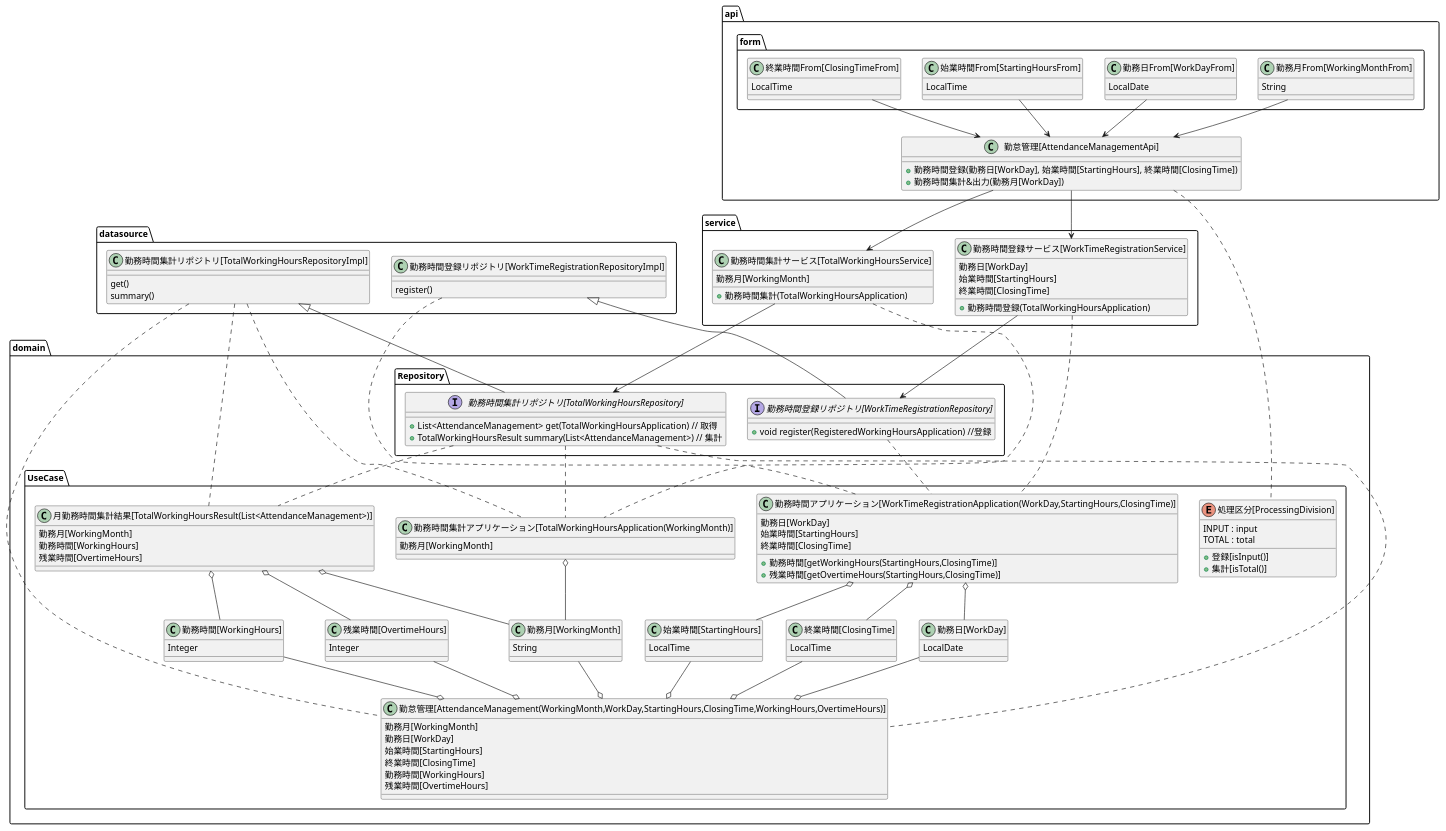
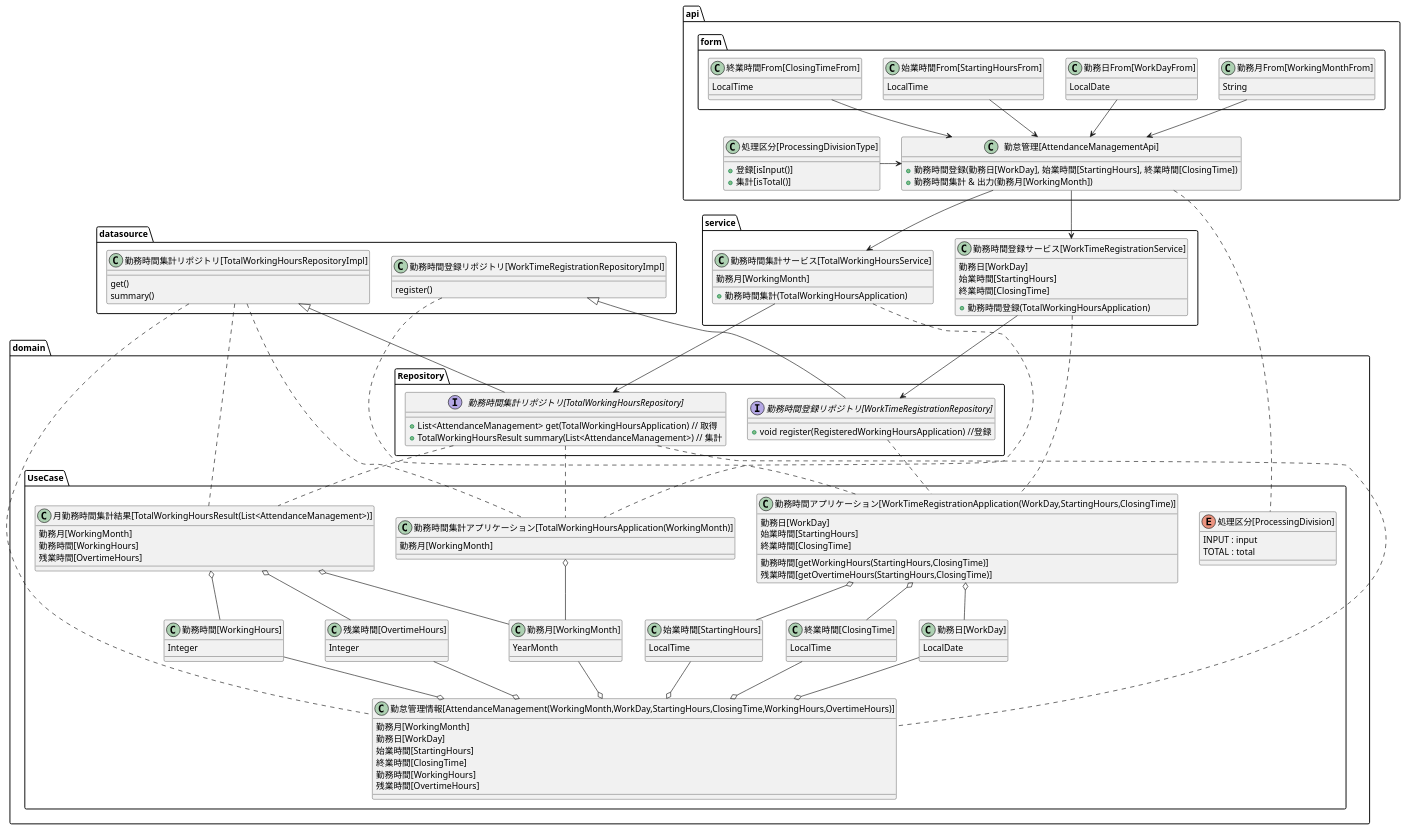
The diagram in etc/kintai/モデル図/kintai.puml (biglobe-isp/kintai), drawn with PlantUML before and after one commit. The commit also changed 51 other files, not shown here.

```diff
--- a/etc/kintai/モデル図/kintai.puml
+++ b/etc/kintai/モデル図/kintai.puml
@@ -1,174 +1,177 @@
 @startuml
 
 package api {
     package form {
         class "勤務月From[WorkingMonthFrom]" as WorkingMonthFrom {
             String
         }
         class "勤務日From[WorkDayFrom]" as WorkDayFrom {
             LocalDate
         }
         class "始業時間From[StartingHoursFrom]" as StartingHoursFrom {
             LocalTime
         }
         class "終業時間From[ClosingTimeFrom]" as ClosingTimeFrom {
             LocalTime
         }
     }
 
     class "勤怠管理[AttendanceManagementApi]" as AttendanceManagementApi {
         +勤務時間登録(勤務日[WorkDay], 始業時間[StartingHours], 終業時間[ClosingTime])
-        +勤務時間集計&出力(勤務月[WorkDay])
+        +勤務時間集計 & 出力(勤務月[WorkingMonth])
+    }
+
+    class "処理区分[ProcessingDivisionType]" as ProcessingDivisionType {
+        +登録[isInput()]
+        +集計[isTotal()]
     }
 
     WorkingMonthFrom -do-> AttendanceManagementApi
     WorkDayFrom -do-> AttendanceManagementApi
     StartingHoursFrom -do-> AttendanceManagementApi
     ClosingTimeFrom -do-> AttendanceManagementApi
-
+    ProcessingDivisionType -r-> AttendanceManagementApi
 }
 
 package service {
 
     class "勤務時間集計サービス[TotalWorkingHoursService]" as TotalWorkingHoursService {
         勤務月[WorkingMonth]
         +勤務時間集計(TotalWorkingHoursApplication)
     }
 
     class "勤務時間登録サービス[WorkTimeRegistrationService]" as WorkTimeRegistrationService {
         勤務日[WorkDay]
         始業時間[StartingHours]
         終業時間[ClosingTime]
         +勤務時間登録(TotalWorkingHoursApplication)
     }
 
 }
 
 AttendanceManagementApi -do-> TotalWorkingHoursService
 AttendanceManagementApi -do-> WorkTimeRegistrationService
 
 
 package domain {
 
     package UseCase {
         class "勤務時間集計アプリケーション[TotalWorkingHoursApplication(WorkingMonth)]" as TotalWorkingHoursApplication {
             勤務月[WorkingMonth]
         }
 
         class "月勤務時間集計結果[TotalWorkingHoursResult(List<AttendanceManagement>)]" as TotalWorkingHoursResult {
             勤務月[WorkingMonth]
             勤務時間[WorkingHours]
             残業時間[OvertimeHours]
         }
 
         class "勤務月[WorkingMonth]" as WorkingMonth {
-            String
+            YearMonth
         }
         class "勤務時間[WorkingHours]" as WorkingHours {
             Integer
         }
         class "残業時間[OvertimeHours]" as OvertimeHours {
             Integer
         }
 
         TotalWorkingHoursApplication o-- WorkingMonth
         TotalWorkingHoursResult o-- WorkingMonth
         TotalWorkingHoursResult o-- WorkingHours
         TotalWorkingHoursResult o-- OvertimeHours
 
         class "勤務時間アプリケーション[WorkTimeRegistrationApplication(WorkDay,StartingHours,ClosingTime)]" as WorkTimeRegistrationApplication {
             勤務日[WorkDay]
             始業時間[StartingHours]
             終業時間[ClosingTime]
-            +勤務時間[getWorkingHours(StartingHours,ClosingTime)]
-            +残業時間[getOvertimeHours(StartingHours,ClosingTime)]
+            勤務時間[getWorkingHours(StartingHours,ClosingTime)]
+            残業時間[getOvertimeHours(StartingHours,ClosingTime)]
         }
 
         class "始業時間[StartingHours]" as StartingHours {
             LocalTime
         }
         class "終業時間[ClosingTime]" as ClosingTime {
             LocalTime
         }
         class "勤務日[WorkDay]" as WorkDay {
             LocalDate
         }
 
         WorkTimeRegistrationApplication o-do- ClosingTime
         WorkTimeRegistrationApplication o-do- StartingHours
         WorkTimeRegistrationApplication o-do- WorkDay
 
-        class "勤怠管理[AttendanceManagement(WorkingMonth,WorkDay,StartingHours,ClosingTime,WorkingHours,OvertimeHours)]" as AttendanceManagement {
+        class "勤怠管理情報[AttendanceManagement(WorkingMonth,WorkDay,StartingHours,ClosingTime,WorkingHours,OvertimeHours)]" as AttendanceManagement {
             勤務月[WorkingMonth]
             勤務日[WorkDay]
             始業時間[StartingHours]
             終業時間[ClosingTime]
             勤務時間[WorkingHours]
             残業時間[OvertimeHours]
         }
 
         OvertimeHours -do-o AttendanceManagement
         WorkingHours -do-o AttendanceManagement
         ClosingTime -do-o AttendanceManagement
         StartingHours -do-o AttendanceManagement
         WorkDay -do-o AttendanceManagement
         WorkingMonth -do-o AttendanceManagement
 
         enum "処理区分[ProcessingDivision]" as ProcessingDivision {
             INPUT : input
             TOTAL : total
-            +登録[isInput()]
-            +集計[isTotal()]
         }
 
     }
     package Repository {
 
         interface "勤務時間集計リポジトリ[TotalWorkingHoursRepository]" as TotalWorkingHoursRepository {
             + List<AttendanceManagement> get(TotalWorkingHoursApplication) // 取得
             + TotalWorkingHoursResult summary(List<AttendanceManagement>) // 集計
         }
 
         interface "勤務時間登録リポジトリ[WorkTimeRegistrationRepository]" as WorkTimeRegistrationRepository {
             + void register(RegisteredWorkingHoursApplication) //登録
         }
     }
 
     TotalWorkingHoursRepository .do. TotalWorkingHoursApplication
     TotalWorkingHoursRepository .do. TotalWorkingHoursResult
     TotalWorkingHoursRepository .do. AttendanceManagement
 
     WorkTimeRegistrationRepository .do. WorkTimeRegistrationApplication
 
 }
 
 WorkTimeRegistrationService -do-> WorkTimeRegistrationRepository
 WorkTimeRegistrationService .do. WorkTimeRegistrationApplication
 TotalWorkingHoursService -do-> TotalWorkingHoursRepository
 TotalWorkingHoursService .do. TotalWorkingHoursApplication
 
 AttendanceManagementApi .do. ProcessingDivision
 
 package datasource {
 
     class "勤務時間登録リポジトリ[WorkTimeRegistrationRepositoryImpl]"  as WorkTimeRegistrationRepositoryImpl {
         register()
     }
 
     class "勤務時間集計リポジトリ[TotalWorkingHoursRepositoryImpl]" as TotalWorkingHoursRepositoryImpl {
         get()
         summary()
     }
 
 }
 
 WorkTimeRegistrationRepositoryImpl <|-- WorkTimeRegistrationRepository
 TotalWorkingHoursRepositoryImpl <|-- TotalWorkingHoursRepository
 
 WorkTimeRegistrationRepositoryImpl .. WorkTimeRegistrationApplication
 TotalWorkingHoursRepositoryImpl .. TotalWorkingHoursApplication
 TotalWorkingHoursRepositoryImpl .. TotalWorkingHoursResult
 TotalWorkingHoursRepositoryImpl .. AttendanceManagement
 
 
 @enduml
```
